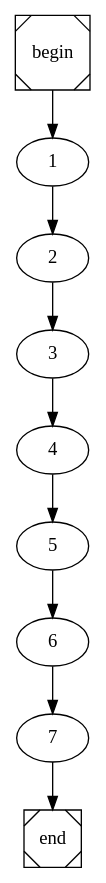
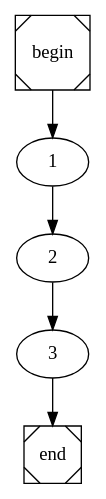
Before and after one commit to nunores/Java-Compiler: the diagram in main.dot, drawn with Graphviz. The commit also changed 3 other files, not shown here.

```diff
--- a/main.dot
+++ b/main.dot
@@ -1,4 +1,4 @@
 digraph cfg {
 	begin [shape=Msquare];
 	end [shape=Msquare];
-	begin -> 1;	1 -> 2;	2 -> 3;	3 -> 4;	4 -> 5;	5 -> 6;	6 -> 7;	7 -> end;}
+	begin -> 1;	1 -> 2;	2 -> 3;	3 -> end;}
```
